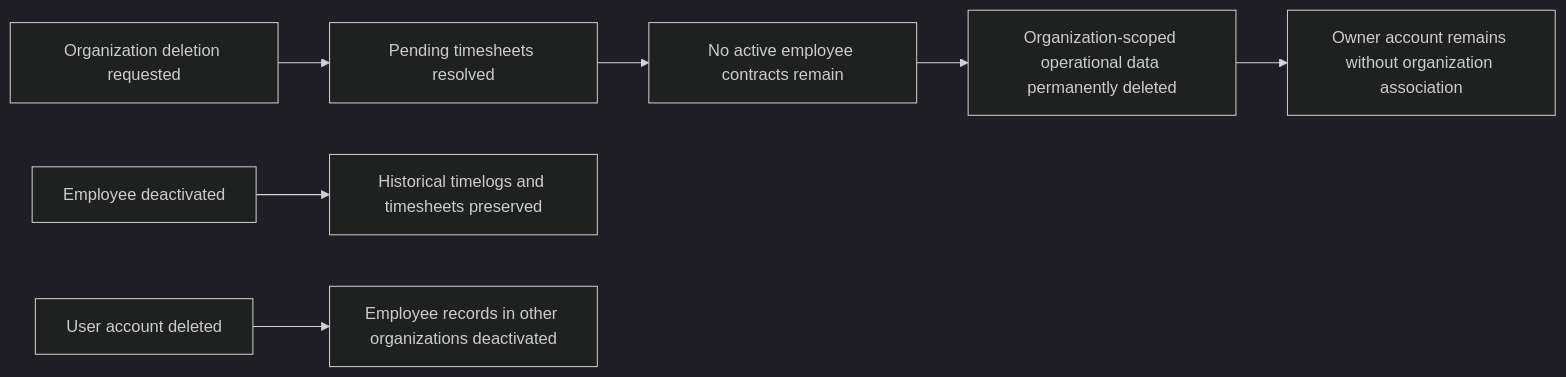
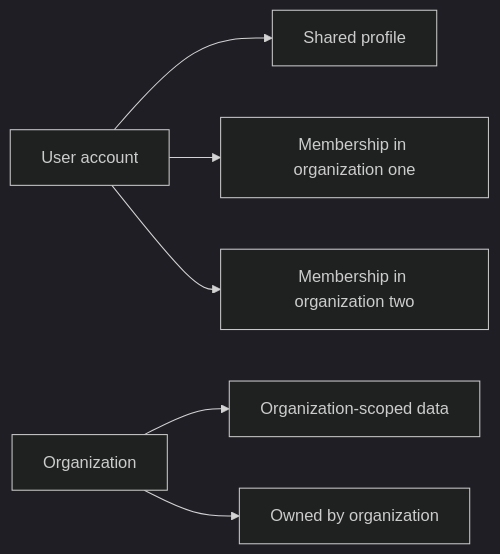
The second of 8 diagrams in openai/gpt-5.4-mini/erp/docs/analysis/05-non-functional.md (wrtnlabs/autobe-examples), drawn with Mermaid (dark theme) before and after one commit. The commit also changed other lines of this file and 9017 other files, not shown here.

````diff
--- a/openai/gpt-5.4-mini/erp/docs/analysis/05-non-functional.md
+++ b/openai/gpt-5.4-mini/erp/docs/analysis/05-non-functional.md
@@ -69,10 +47,8 @@
 ```mermaid
 flowchart LR
-    A["Organization deletion requested"] --> B["Pending timesheets resolved"]
-    B --> C["No active employee contracts remain"]
-    C --> D["Organization-scoped operational data permanently deleted"]
-    D --> E["Owner account remains without organization association"]
-
-    F["Employee deactivated"] --> G["Historical timelogs and timesheets preserved"]
-    H["User account deleted"] --> I["Employee records in other organizations deactivated"]
+    A["User account"] --> B["Shared profile"]
+    A --> C["Membership in organization one"]
+    A --> D["Membership in organization two"]
+    E["Organization"] --> F["Organization-scoped data"]
+    E --> G["Owned by organization"]
 ```
````
